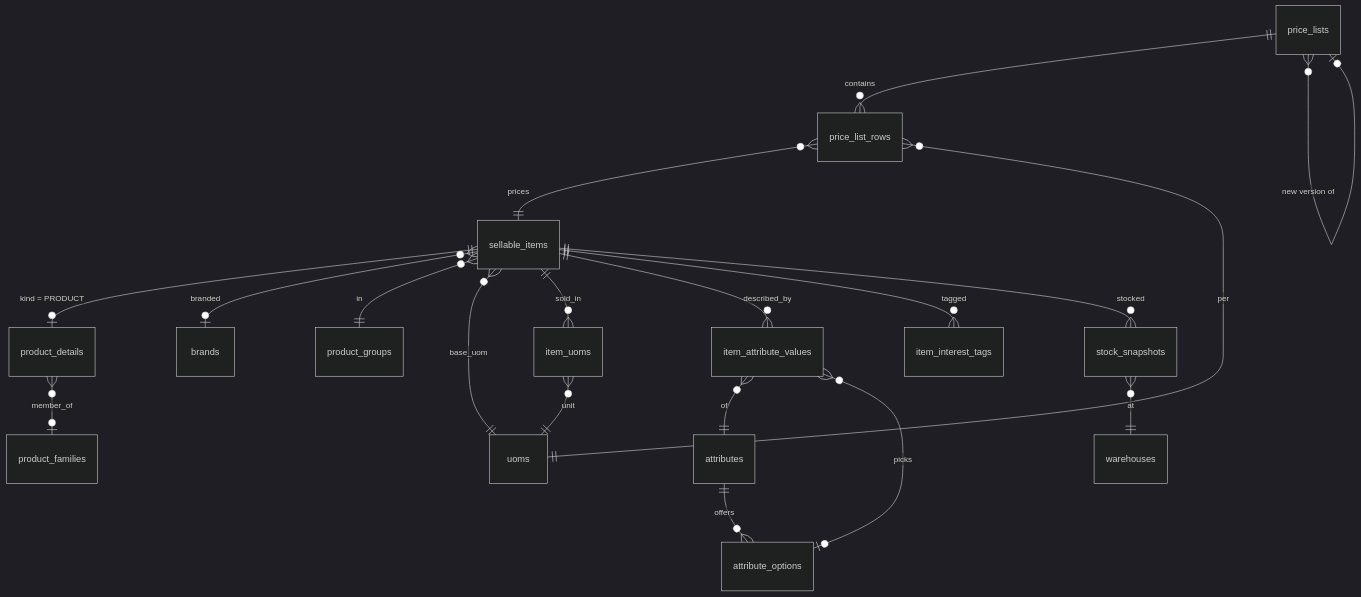
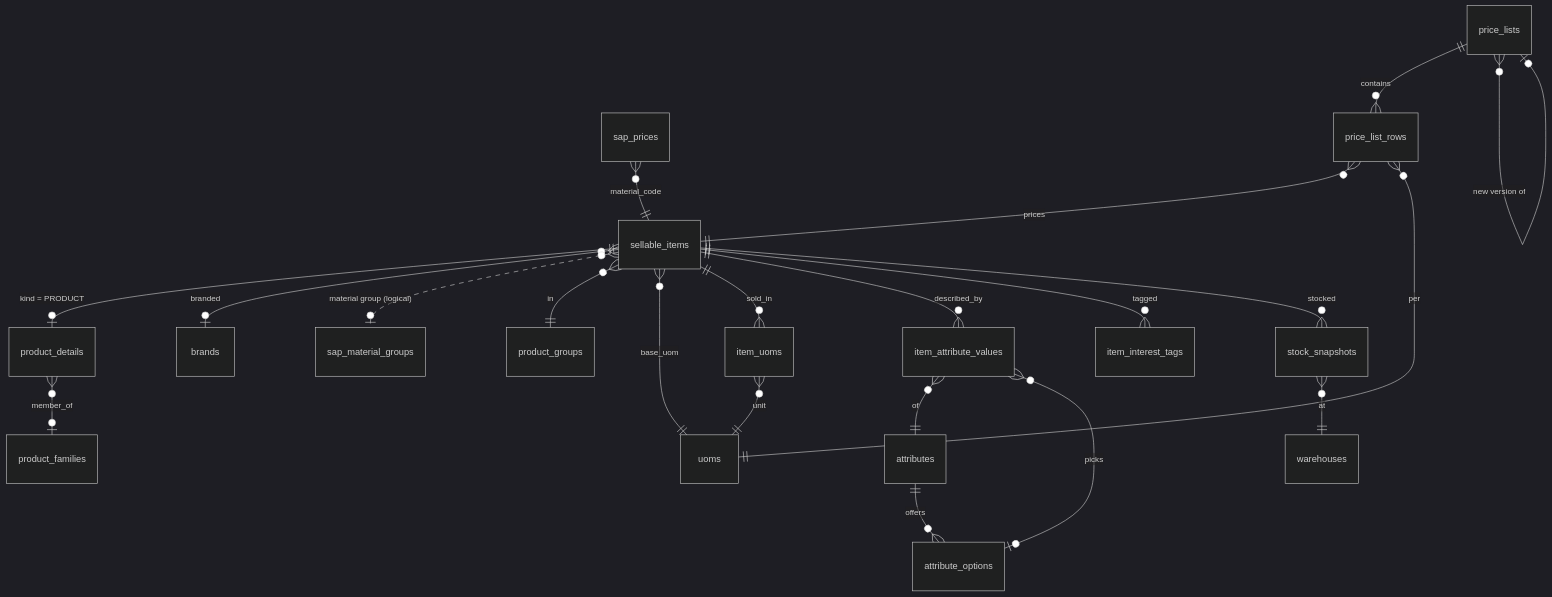
The second of 3 diagrams in docs/ajt-design-data-model.md (siripongphiwkhaw/CRM-sim), drawn with Mermaid (dark theme) before and after one commit. The commit also changed other lines of this file and 3 other files, not shown here.

````diff
--- a/docs/ajt-design-data-model.md
+++ b/docs/ajt-design-data-model.md
@@ -360,21 +374,23 @@
 ```mermaid
 erDiagram
   sellable_items ||--o| product_details : "kind = PRODUCT"
   sellable_items }o--o| brands : branded
+  sellable_items }o..o| sap_material_groups : "material group (logical)"
+  sap_prices }o--|| sellable_items : "material_code"
   sellable_items }o--|| product_groups : in
   sellable_items }o--|| uoms : base_uom
   sellable_items ||--o{ item_uoms : sold_in
   item_uoms }o--|| uoms : unit
   product_details }o--o| product_families : member_of
   sellable_items ||--o{ item_attribute_values : described_by
   item_attribute_values }o--|| attributes : of
   item_attribute_values }o--o| attribute_options : picks
   attributes ||--o{ attribute_options : offers
   sellable_items ||--o{ item_interest_tags : tagged
   price_lists ||--o{ price_list_rows : contains
   price_list_rows }o--|| sellable_items : prices
   price_list_rows }o--|| uoms : per
   price_lists }o--o| price_lists : "new version of"
   sellable_items ||--o{ stock_snapshots : stocked
   stock_snapshots }o--|| warehouses : at
 ```
````
